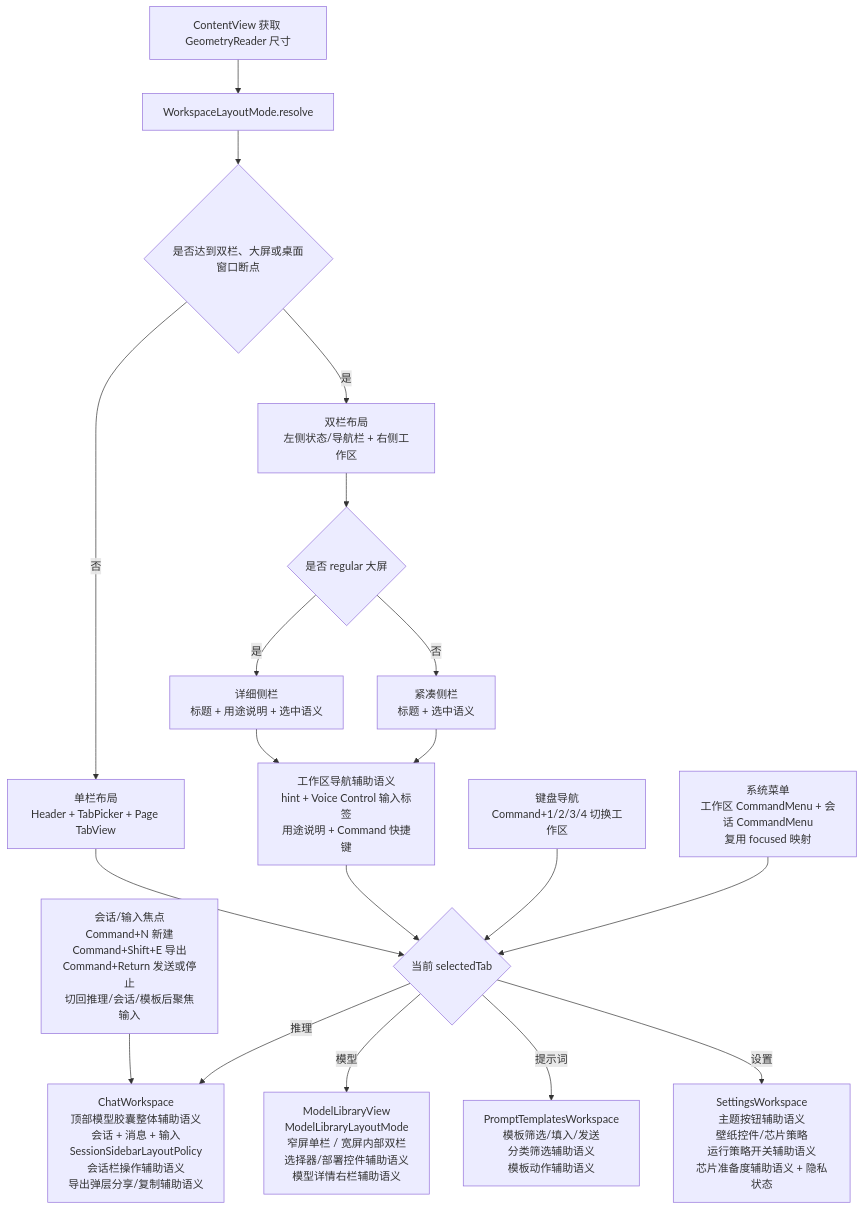
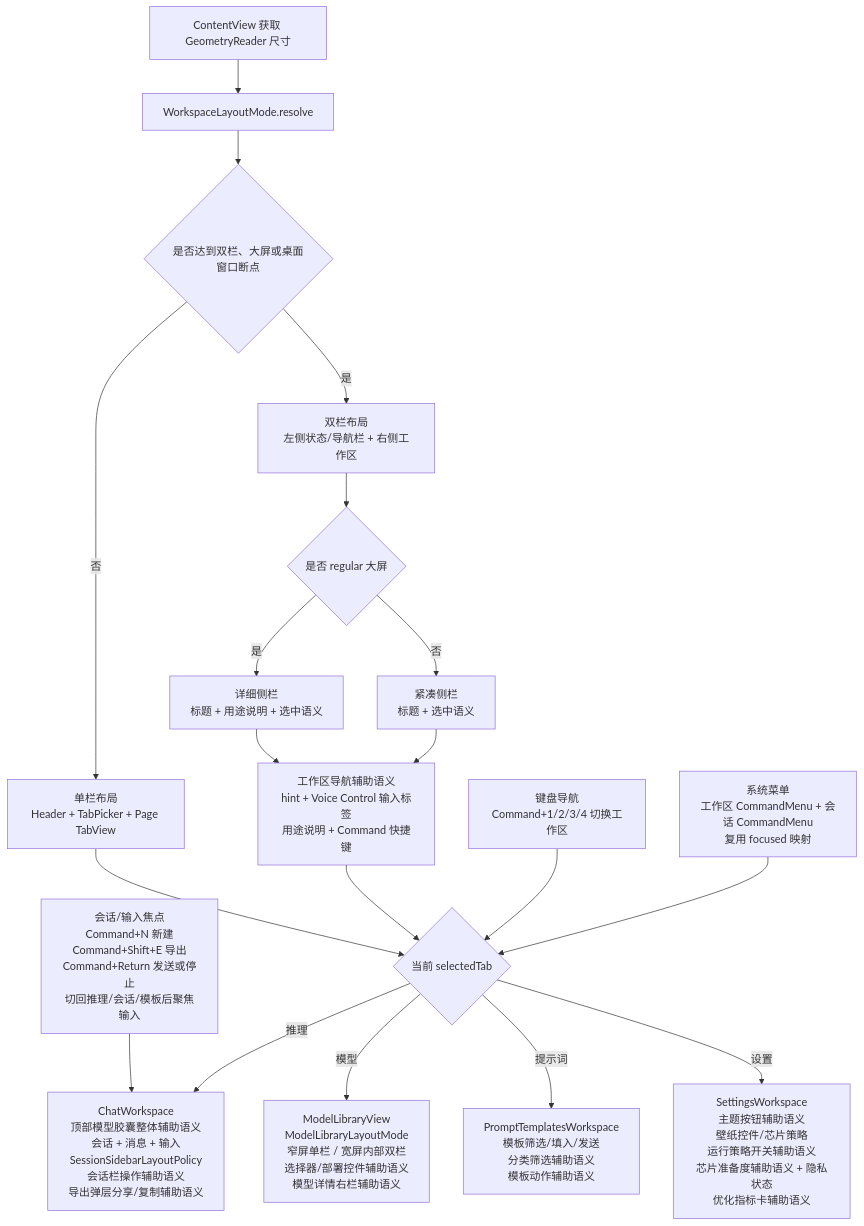
One commit to Altman-sam114/113 changed the fourth of 9 diagrams in md/flow/flowchart.md. Above: the diagram before and after it, drawn with Mermaid. The commit also changed other lines of this file and 8 other files, not shown here.

````diff
--- a/md/flow/flowchart.md
+++ b/md/flow/flowchart.md
@@ -68,21 +68,21 @@
 ```mermaid
 flowchart TD
     A[ContentView 获取 GeometryReader 尺寸] --> B[WorkspaceLayoutMode.resolve]
     B --> C{是否达到双栏、大屏或桌面窗口断点}
     C -- 否 --> D[单栏布局<br/>Header + TabPicker + Page TabView]
     C -- 是 --> E[双栏布局<br/>左侧状态/导航栏 + 右侧工作区]
     E --> N{是否 regular 大屏}
     N -- 是 --> O[详细侧栏<br/>标题 + 用途说明 + 选中语义]
     N -- 否 --> P[紧凑侧栏<br/>标题 + 选中语义]
     D --> F{当前 selectedTab}
     O --> X[工作区导航辅助语义<br/>hint + Voice Control 输入标签<br/>用途说明 + Command 快捷键]
     P --> X
     X --> F
     K[键盘导航<br/>Command+1/2/3/4 切换工作区] --> F
     M[系统菜单<br/>工作区 CommandMenu + 会话 CommandMenu<br/>复用 focused 映射] --> F
     L[会话/输入焦点<br/>Command+N 新建<br/>Command+Shift+E 导出<br/>Command+Return 发送或停止<br/>切回推理/会话/模板后聚焦输入] --> G
     F -- 推理 --> G[ChatWorkspace<br/>顶部模型胶囊整体辅助语义<br/>会话 + 消息 + 输入<br/>SessionSidebarLayoutPolicy<br/>会话栏操作辅助语义<br/>导出弹层分享/复制辅助语义]
     F -- 模型 --> H[ModelLibraryView<br/>ModelLibraryLayoutMode<br/>窄屏单栏 / 宽屏内部双栏<br/>选择器/部署控件辅助语义<br/>模型详情右栏辅助语义]
     F -- 提示词 --> I[PromptTemplatesWorkspace<br/>模板筛选/填入/发送<br/>分类筛选辅助语义<br/>模板动作辅助语义]
-    F -- 设置 --> J[SettingsWorkspace<br/>主题按钮辅助语义<br/>壁纸控件/芯片策略<br/>运行策略开关辅助语义<br/>芯片准备度辅助语义 + 隐私状态]
+    F -- 设置 --> J[SettingsWorkspace<br/>主题按钮辅助语义<br/>壁纸控件/芯片策略<br/>运行策略开关辅助语义<br/>芯片准备度辅助语义 + 隐私状态<br/>优化指标卡辅助语义]
 ```
````
